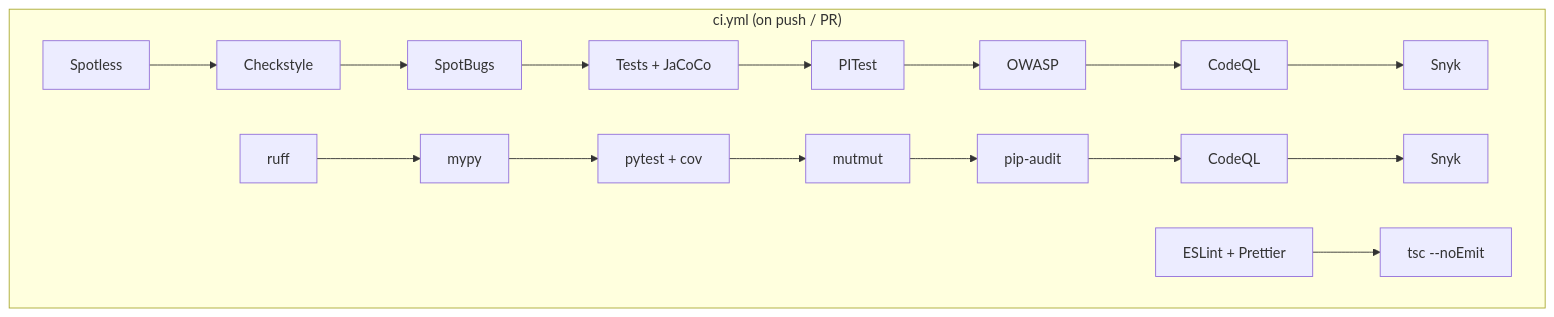
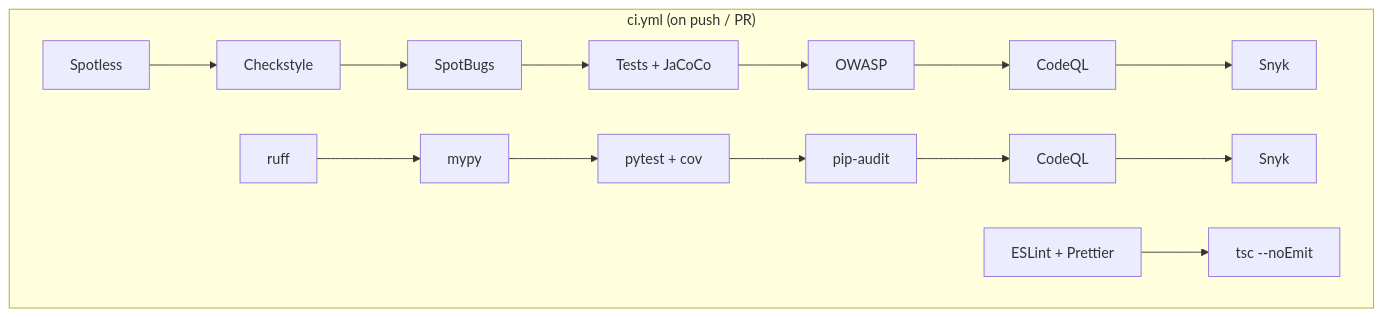
Before and after one commit to drag0sd0g/MariaAlpha: diagram 17 of 18 in docs/technical-design-document.md, drawn with Mermaid. The commit also changed other lines of this file and 9 other files, not shown here.

````diff
--- a/docs/technical-design-document.md
+++ b/docs/technical-design-document.md
@@ -1157,9 +1157,9 @@
 ```mermaid
 graph LR
     subgraph "ci.yml (on push / PR)"
         direction LR
-        JF[Spotless] --> JL[Checkstyle] --> JSB[SpotBugs] --> JT[Tests + JaCoCo] --> JM[PITest] --> JO[OWASP] --> JCQ[CodeQL] --> JS[Snyk]
-        PL[ruff] --> PM[mypy] --> PT[pytest + cov] --> PMT[mutmut] --> PA[pip-audit] --> PCQ[CodeQL] --> PS[Snyk]
+        JF[Spotless] --> JL[Checkstyle] --> JSB[SpotBugs] --> JT[Tests + JaCoCo] --> JO[OWASP] --> JCQ[CodeQL] --> JS[Snyk]
+        PL[ruff] --> PM[mypy] --> PT[pytest + cov] --> PA[pip-audit] --> PCQ[CodeQL] --> PS[Snyk]
         UL[ESLint + Prettier] --> UT[tsc --noEmit]
     end
 ```
````
